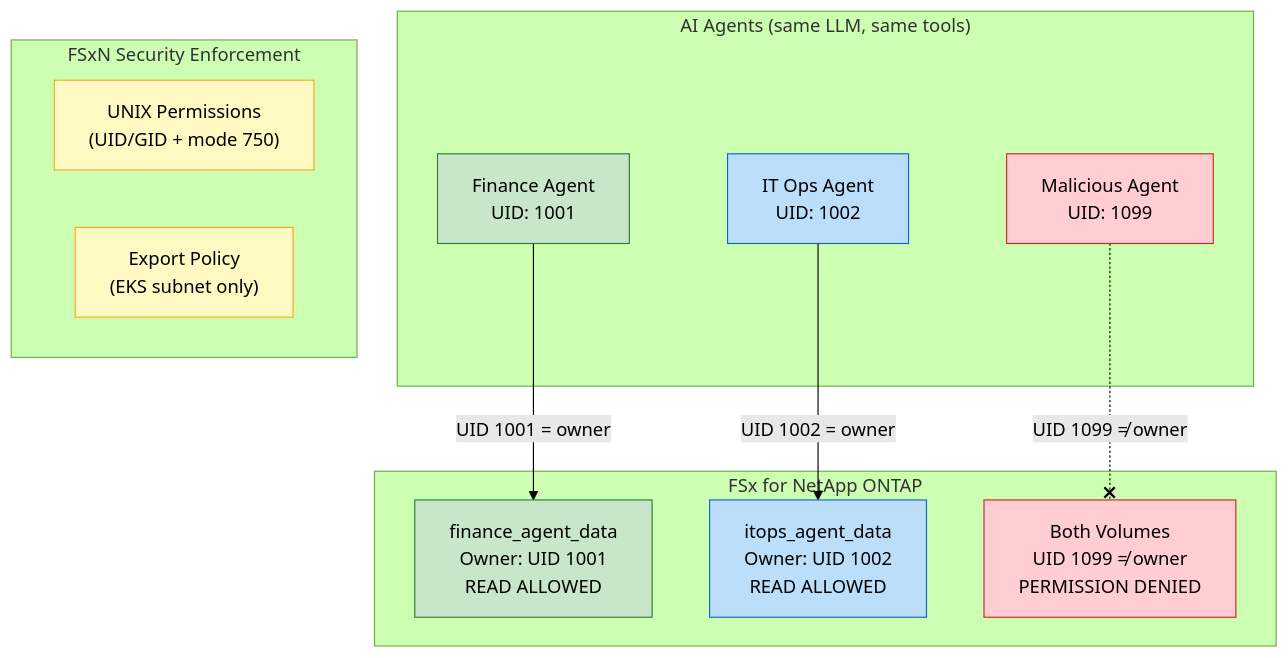
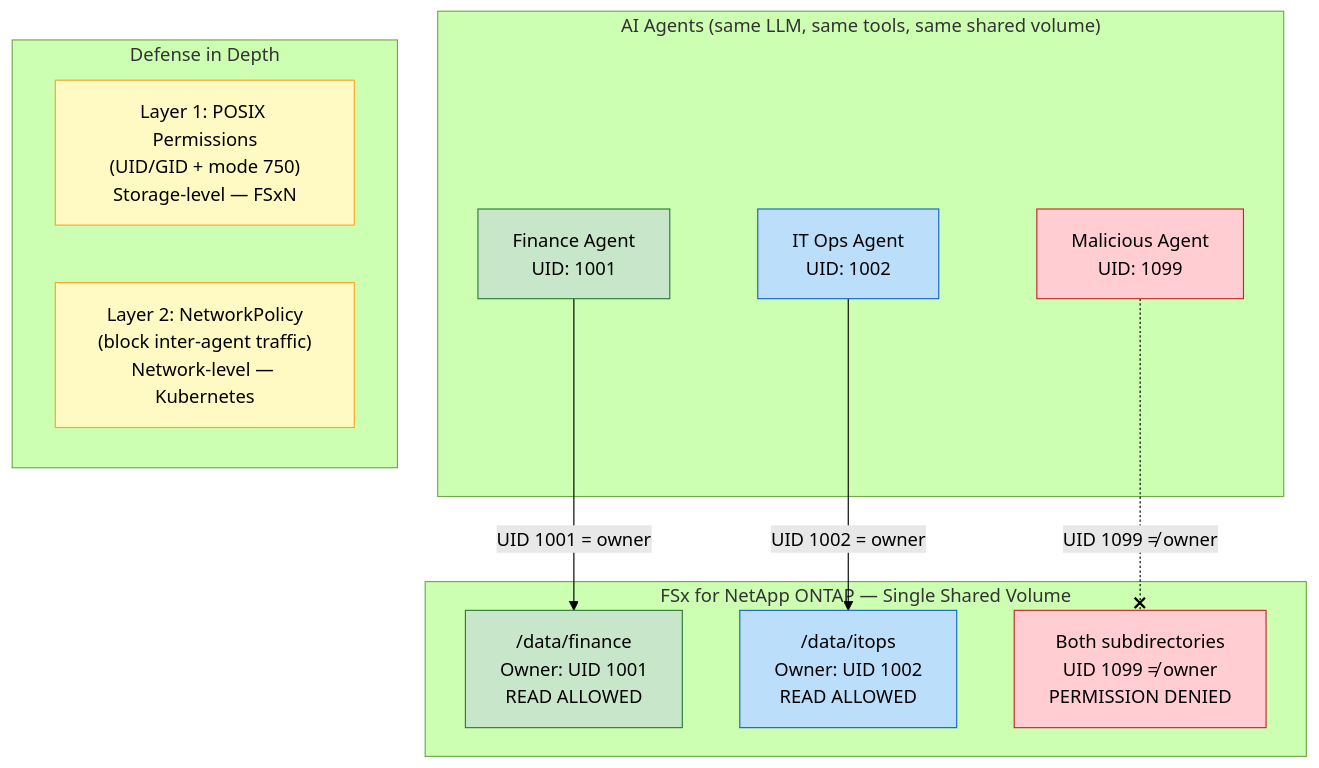
The first of 4 diagrams in content/600_module6_agentic_fsxn/650_Summary.md (git4example/genai-fsx-netapp-ontap-workshop-on-eks-auto), drawn with Mermaid (forest theme) before and after one commit. The commit also changed other lines of this file and 24 other files, not shown here.

````diff
--- a/content/600_module6_agentic_fsxn/650_Summary.md
+++ b/content/600_module6_agentic_fsxn/650_Summary.md
@@ -10,32 +10,32 @@
 ```mermaid
 flowchart TD
-    subgraph Agents["AI Agents (same LLM, same tools)"]
+    subgraph Agents["AI Agents (same LLM, same tools, same shared volume)"]
         FA["Finance Agent\nUID: 1001"]
         IA["IT Ops Agent\nUID: 1002"]
         MA["Malicious Agent\nUID: 1099"]
     end
 
-    subgraph Security["FSxN Security Enforcement"]
-        L1["UNIX Permissions\n(UID/GID + mode 750)"]
-        L2["Export Policy\n(EKS subnet only)"]
+    subgraph Security["Defense in Depth"]
+        L1["Layer 1: POSIX Permissions\n(UID/GID + mode 750)\nStorage-level — FSxN"]
+        L2["Layer 2: NetworkPolicy\n(block inter-agent traffic)\nNetwork-level — Kubernetes"]
     end
 
-    subgraph FSxN["FSx for NetApp ONTAP"]
-        FV["finance_agent_data\nOwner: UID 1001\nREAD ALLOWED"]
-        IV["itops_agent_data\nOwner: UID 1002\nREAD ALLOWED"]
-        BL["Both Volumes\nUID 1099 ≠ owner\nPERMISSION DENIED"]
+    subgraph FSxN["FSx for NetApp ONTAP — Single Shared Volume"]
+        FV["/data/finance\nOwner: UID 1001\nREAD ALLOWED"]
+        IV["/data/itops\nOwner: UID 1002\nREAD ALLOWED"]
+        BL["Both subdirectories\nUID 1099 ≠ owner\nPERMISSION DENIED"]
     end
 
     FA -->|"UID 1001 = owner"| FV
     IA -->|"UID 1002 = owner"| IV
     MA -.-x|"UID 1099 ≠ owner"| BL
 
     style FA fill:#c8e6c9,stroke:#2e7d32
     style IA fill:#bbdefb,stroke:#1565c0
     style MA fill:#ffcdd2,stroke:#c62828
     style FV fill:#c8e6c9,stroke:#2e7d32
     style IV fill:#bbdefb,stroke:#1565c0
     style BL fill:#ffcdd2,stroke:#c62828
     style L1 fill:#fff9c4,stroke:#f9a825
     style L2 fill:#fff9c4,stroke:#f9a825
 ```
````
